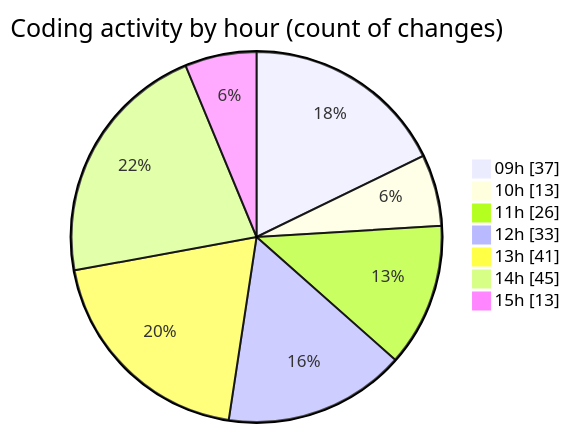
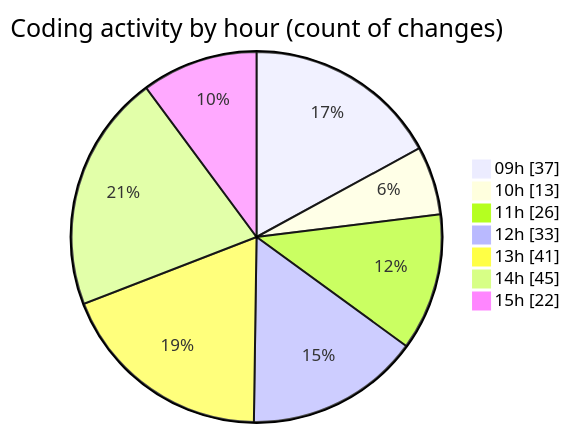
One commit to momahboobian/code-tracking changed the second of 2 diagrams in 2026-04-23/cda/README.md. Above: the diagram before and after it, drawn with Mermaid. The commit also changed other lines of this file and 1 other file, not shown here.

````diff
--- a/2026-04-23/cda/README.md
+++ b/2026-04-23/cda/README.md
@@ -55,11 +55,11 @@
 ```mermaid
 pie showData
 title Coding activity by hour (count of changes)
 "09h" : 37
 "10h" : 13
 "11h" : 26
 "12h" : 33
 "13h" : 41
 "14h" : 45
-"15h" : 13
+"15h" : 22
 ```
````
